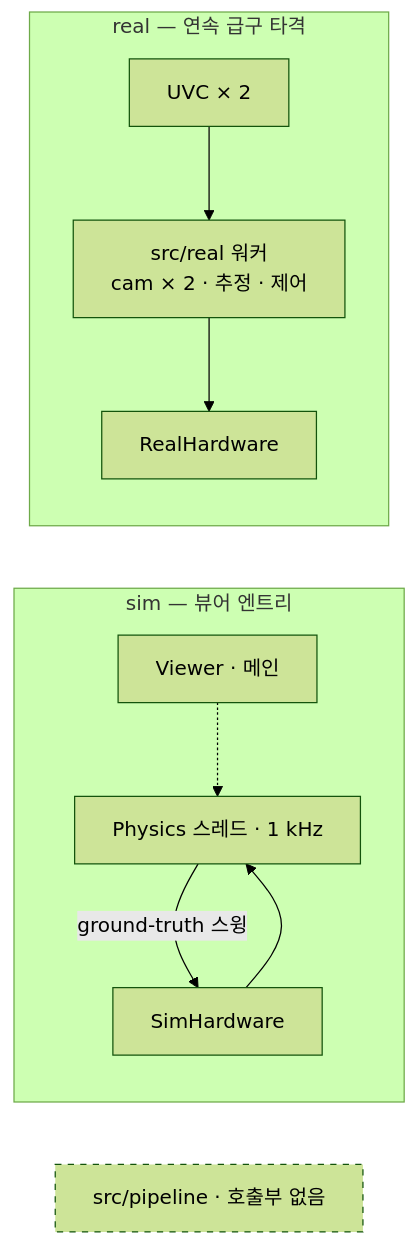
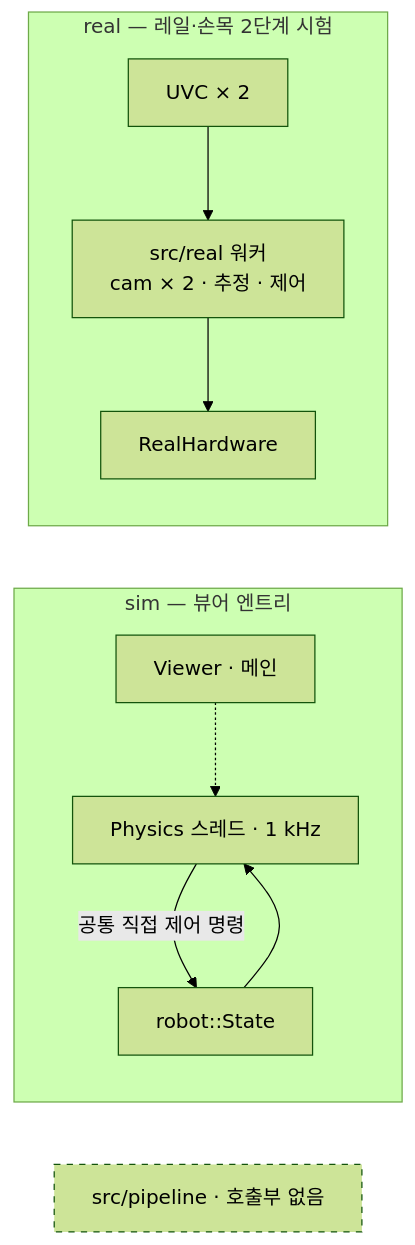
One commit to luv-all/pingpong-bot changed the third of 4 diagrams in README.md. Above: the diagram before and after it, drawn with Mermaid (forest theme). The commit also changed other lines of this file and 4 other files, not shown here.

````diff
--- a/README.md
+++ b/README.md
@@ -388,21 +396,21 @@
 ```mermaid
 flowchart LR
   subgraph simSide ["sim — 뷰어 엔트리"]
     viewer["Viewer · 메인"]
     physics["Physics 스레드 · 1 kHz"]
-    simHw["SimHardware"]
+    simHw["robot::State"]
     viewer -.-> physics
-    physics -->|"ground-truth 스윙"| simHw
+    physics -->|"공통 직접 제어 명령"| simHw
     simHw --> physics
   end
 
-  subgraph realSide ["real — 연속 급구 타격"]
+  subgraph realSide ["real — 레일·손목 2단계 시험"]
     realCamera["UVC × 2"]
     realWorkers["src/real 워커<br/>cam × 2 · 추정 · 제어"]
     realHw["RealHardware"]
     realCamera --> realWorkers --> realHw
   end
 
   dead["src/pipeline · 호출부 없음"]
   style dead stroke-dasharray: 5 5
 ```
````
